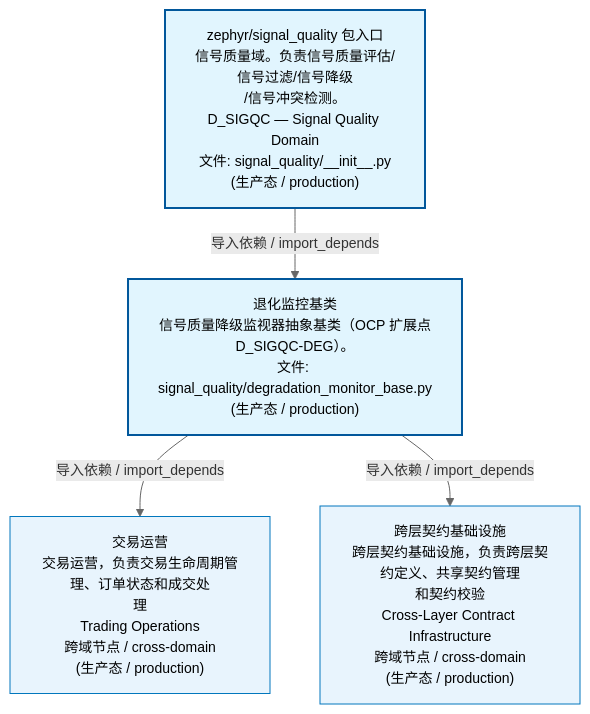
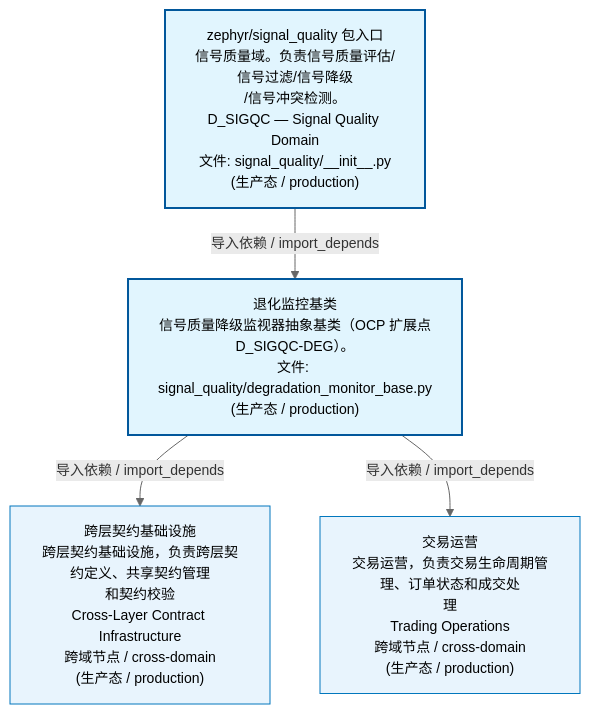
The first of 3 diagrams in docs/02_enterprise_architecture/02_domain_architecture_docs/69_d_sigqc.md (xuanFelixVan/ZephyrAlpha), drawn with Mermaid before and after one commit. The commit also changed 44 other files, not shown here.

````diff
--- a/docs/02_enterprise_architecture/02_domain_architecture_docs/69_d_sigqc.md
+++ b/docs/02_enterprise_architecture/02_domain_architecture_docs/69_d_sigqc.md
@@ -53,17 +53,17 @@
 ```mermaid
 %%{init: {'theme': 'base', 'themeVariables': {'primaryColor': '#eaeaea', 'primaryTextColor': '#333333', 'primaryBorderColor': '#666666', 'lineColor': '#666666', 'secondaryColor': '#eaeaea', 'tertiaryColor': '#eaeaea', 'fontSize': '14px'}}}%%
 flowchart TD
     src_zephyr_signal_quality_init_py["zephyr/signal_quality 包入口<br/>信号质量域。负责信号质量评估/信号过滤/信号降级<br/>/信号冲突检测。<br/>D_SIGQC — Signal Quality Domain<br/>文件: signal_quality/__init__.py<br/>(生产态 / production)"]
     src_zephyr_signal_quality_degradation_monitor_base_py["退化监控基类<br/>信号质量降级监视器抽象基类（OCP 扩展点<br/>D_SIGQC-DEG）。<br/>文件: signal_quality/degradation_monitor_base.py<br/>(生产态 / production)"]
     src_zephyr_signal_quality_init_py -->|导入依赖 / import_depends| src_zephyr_signal_quality_degradation_monitor_base_py
+    D_INFRASTRUCTURE["跨层契约基础设施<br/>跨层契约基础设施，负责跨层契约定义、共享契约管理<br/>和契约校验<br/>Cross-Layer Contract Infrastructure<br/>跨域节点 / cross-domain<br/>(生产态 / production)"]
+    src_zephyr_signal_quality_degradation_monitor_base_py -->|导入依赖 / import_depends| D_INFRASTRUCTURE
     D_TRADING["交易运营<br/>交易运营，负责交易生命周期管理、订单状态和成交处<br/>理<br/>Trading Operations<br/>跨域节点 / cross-domain<br/>(生产态 / production)"]
     src_zephyr_signal_quality_degradation_monitor_base_py -->|导入依赖 / import_depends| D_TRADING
-    D_INFRASTRUCTURE["跨层契约基础设施<br/>跨层契约基础设施，负责跨层契约定义、共享契约管理<br/>和契约校验<br/>Cross-Layer Contract Infrastructure<br/>跨域节点 / cross-domain<br/>(生产态 / production)"]
-    src_zephyr_signal_quality_degradation_monitor_base_py -->|导入依赖 / import_depends| D_INFRASTRUCTURE
     classDef production fill:#e1f5fe,stroke:#01579b,stroke-width:2px,color:#000
     classDef design fill:#fff3e0,stroke:#e65100,stroke-width:2px,color:#000,stroke-dasharray: 5 5
     classDef external_prod fill:#e8f4fd,stroke:#0277bd,stroke-width:1px,color:#000
     classDef external_design fill:#fff8e7,stroke:#ef6c00,stroke-width:1px,color:#000,stroke-dasharray: 5 5
     class src_zephyr_signal_quality_init_py,src_zephyr_signal_quality_degradation_monitor_base_py production
-    class D_TRADING,D_INFRASTRUCTURE external_prod
+    class D_INFRASTRUCTURE,D_TRADING external_prod
 ```
````
